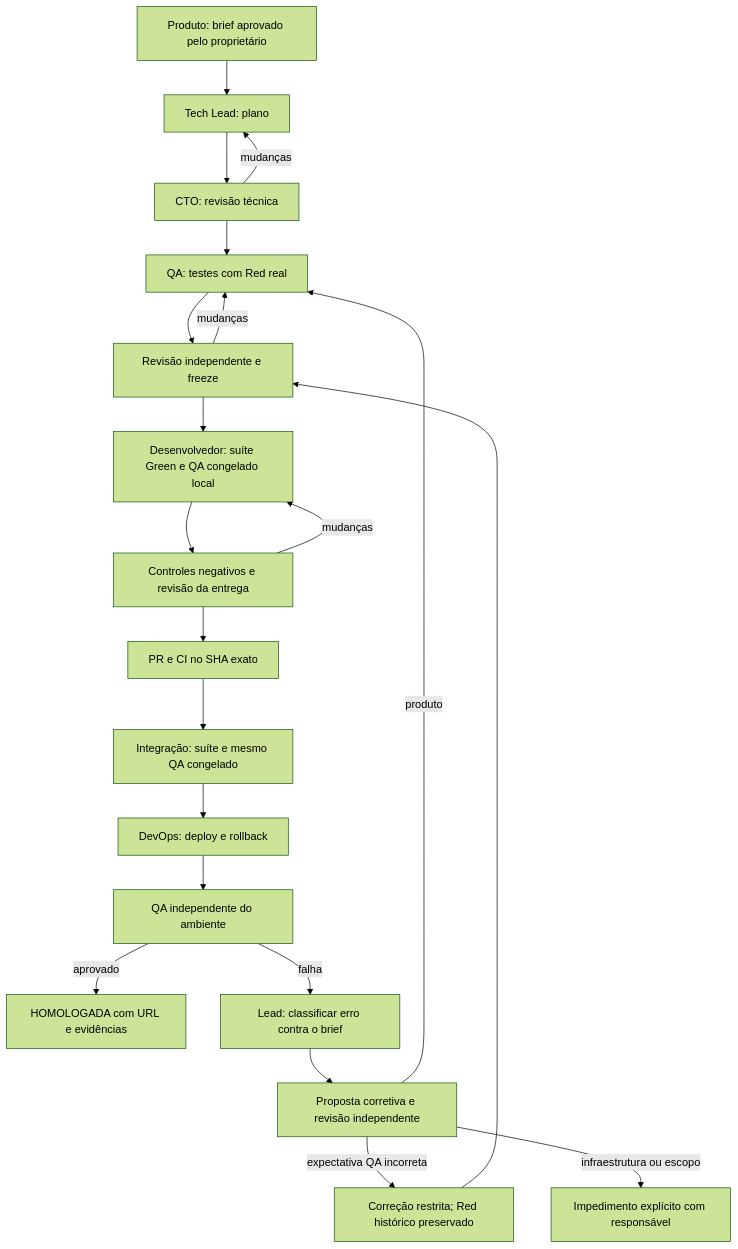
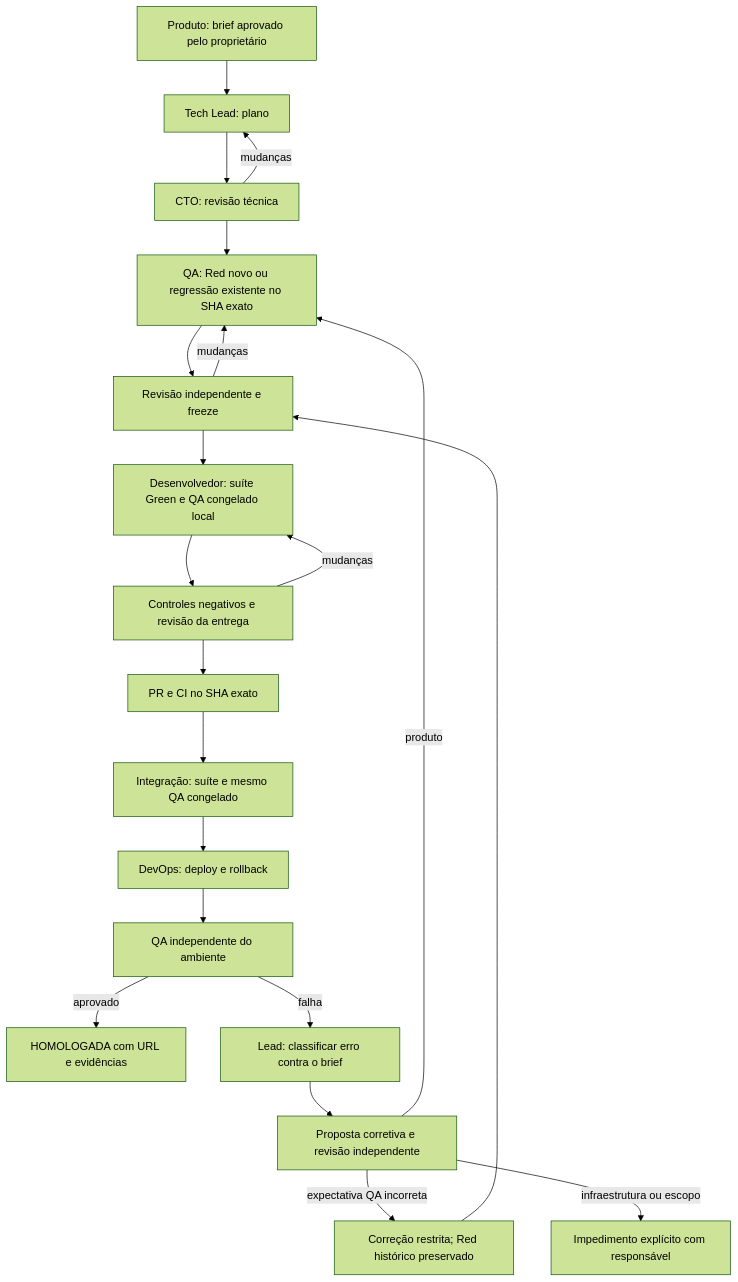
The second of 2 diagrams in README.md (codifydeep/fabriquinha), drawn with Mermaid (forest theme) before and after one commit. The commit also changed other lines of this file and 15 other files, not shown here.

````diff
--- a/README.md
+++ b/README.md
@@ -75,23 +77,23 @@
 ```mermaid
 flowchart TD
     B[Produto: brief aprovado pelo proprietário] --> P[Tech Lead: plano]
     P --> C[CTO: revisão técnica]
     C -->|mudanças| P
-    C --> T[QA: testes com Red real]
+    C --> T[QA: Red novo ou regressão existente no SHA exato]
     T --> F[Revisão independente e freeze]
     F -->|mudanças| T
     F --> I[Desenvolvedor: suíte Green e QA congelado local]
     I --> N[Controles negativos e revisão da entrega]
     N -->|mudanças| I
     N --> PR[PR e CI no SHA exato]
     PR --> M[Integração: suíte e mesmo QA congelado]
     M --> D[DevOps: deploy e rollback]
     D --> Q[QA independente do ambiente]
     Q -->|aprovado| H[HOMOLOGADA com URL e evidências]
     Q -->|falha| X[Lead: classificar erro contra o brief]
     X --> R[Proposta corretiva e revisão independente]
     R -->|produto| T
     R -->|expectativa QA incorreta| RT[Correção restrita; Red histórico preservado]
     RT --> F
     R -->|infraestrutura ou escopo| E[Impedimento explícito com responsável]
 ```
````
